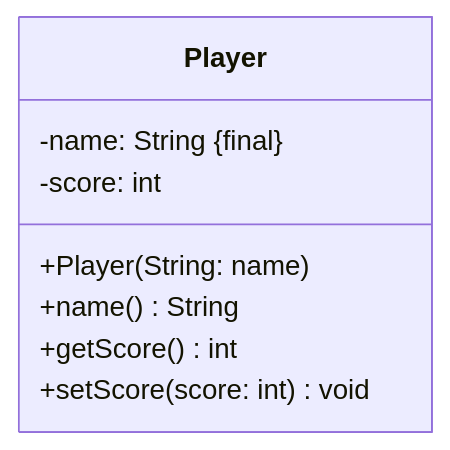
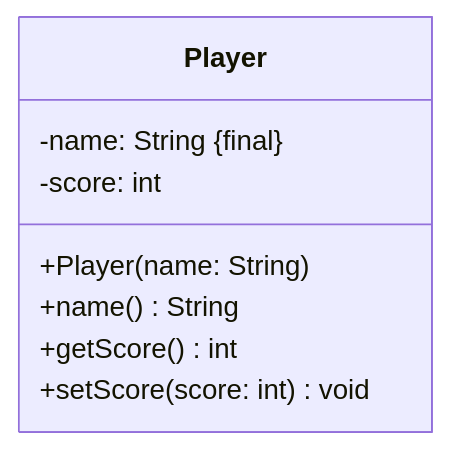
The diagram in docs/exercises/class-diagrams/class-diagrams01.mdx (jappuccini/java-docs), drawn with Mermaid before and after one commit. The commit also changed other lines of this file and 6 other files, not shown here.

````diff
--- a/docs/exercises/class-diagrams/class-diagrams01.mdx
+++ b/docs/exercises/class-diagrams/class-diagrams01.mdx
@@ -17,12 +18,12 @@
 ```mermaid
 classDiagram
 
     class Player {
         -name: String &#123final&#125
         -score: int
-        +Player(String: name)
+        +Player(name: String)
         +name() String
         +getScore() int
         +setScore(score: int) void
     }
 ```
````
